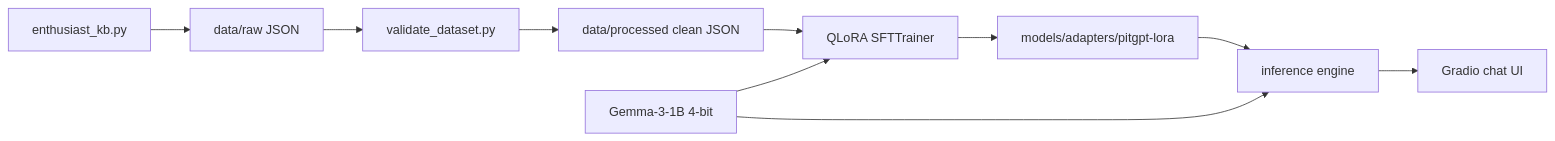
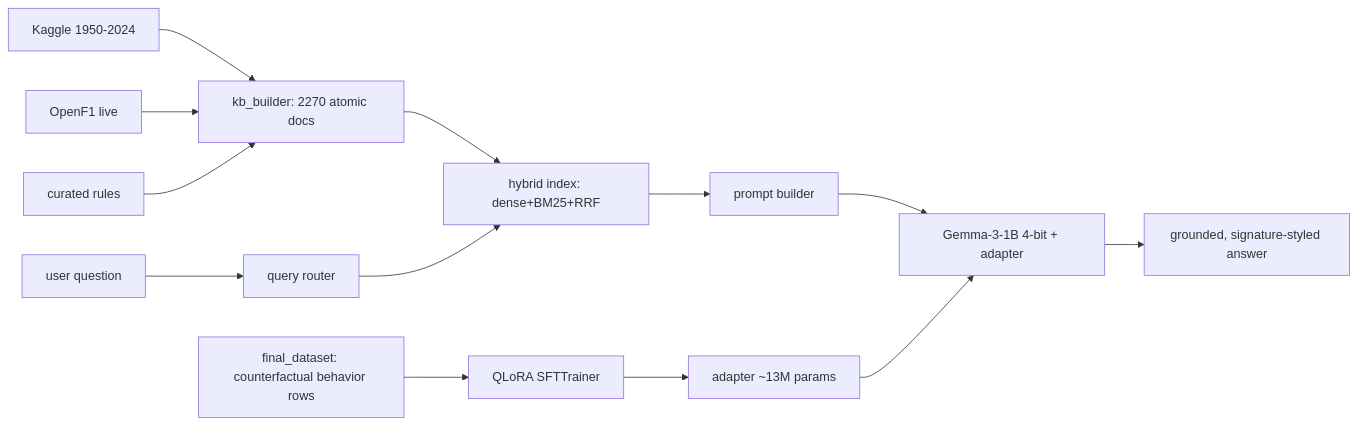
Before and after one commit to deva0706/pitgpt: the diagram in README.md, drawn with Mermaid. The commit also changed other lines of this file and 6 other files, not shown here.

````diff
--- a/README.md
+++ b/README.md
@@ -67,12 +98,15 @@
 ```mermaid
 flowchart LR
-    KB[enthusiast_kb.py] --> RAW[data/raw JSON]
-    RAW --> VAL[validate_dataset.py]
-    VAL --> CLEAN[data/processed clean JSON]
-    CLEAN --> TRAIN[QLoRA SFTTrainer]
-    BASE[Gemma-3-1B 4-bit] --> TRAIN
-    TRAIN --> ADAPTER[models/adapters/pitgpt-lora]
-    ADAPTER --> INF[inference engine]
-    BASE --> INF
-    INF --> APP[Gradio chat UI]
+    KGL[Kaggle 1950-2024] --> KB[kb_builder: 2270 atomic docs]
+    OF1[OpenF1 live] --> KB
+    CUR[curated rules] --> KB
+    KB --> IDX[hybrid index: dense+BM25+RRF]
+    Q[user question] --> RT[query router]
+    RT --> IDX
+    IDX --> P[prompt builder]
+    FD[final_dataset: counterfactual behavior rows] --> TR[QLoRA SFTTrainer]
+    TR --> AD[adapter ~13M params]
+    P --> G[Gemma-3-1B 4-bit + adapter]
+    AD --> G
+    G --> A[grounded, signature-styled answer]
 ```
````
